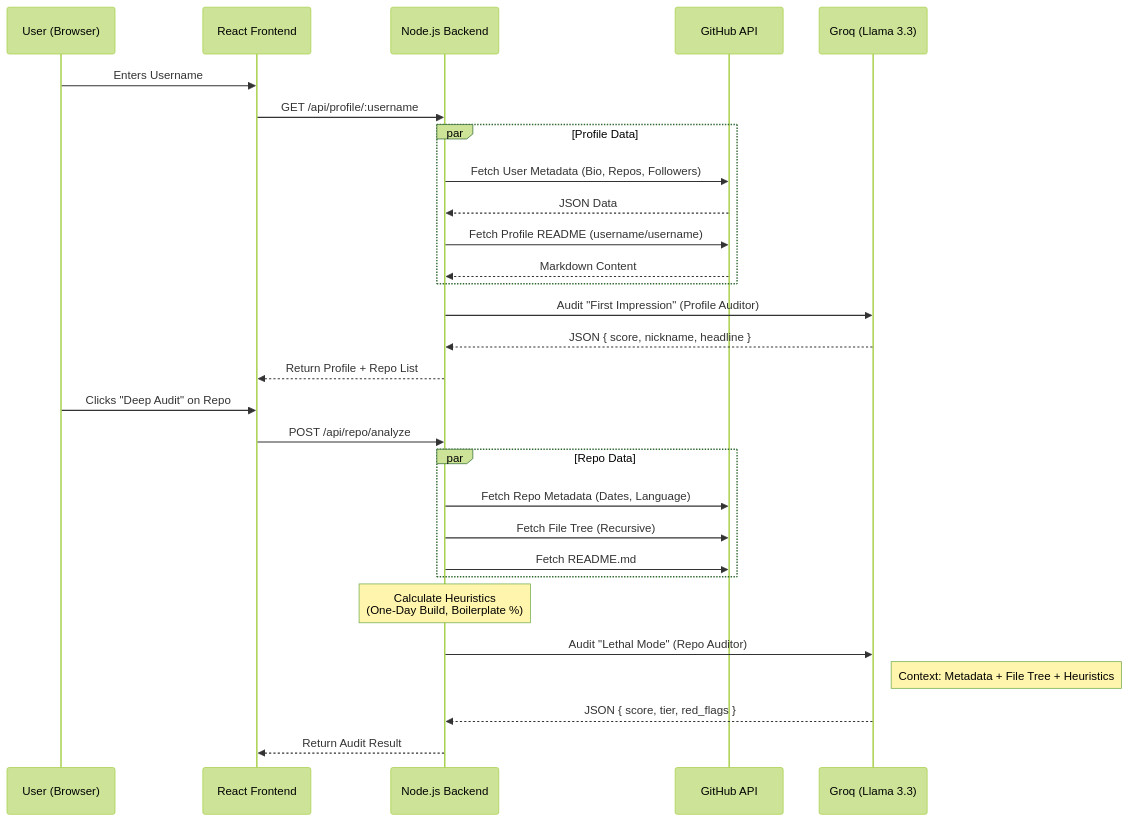
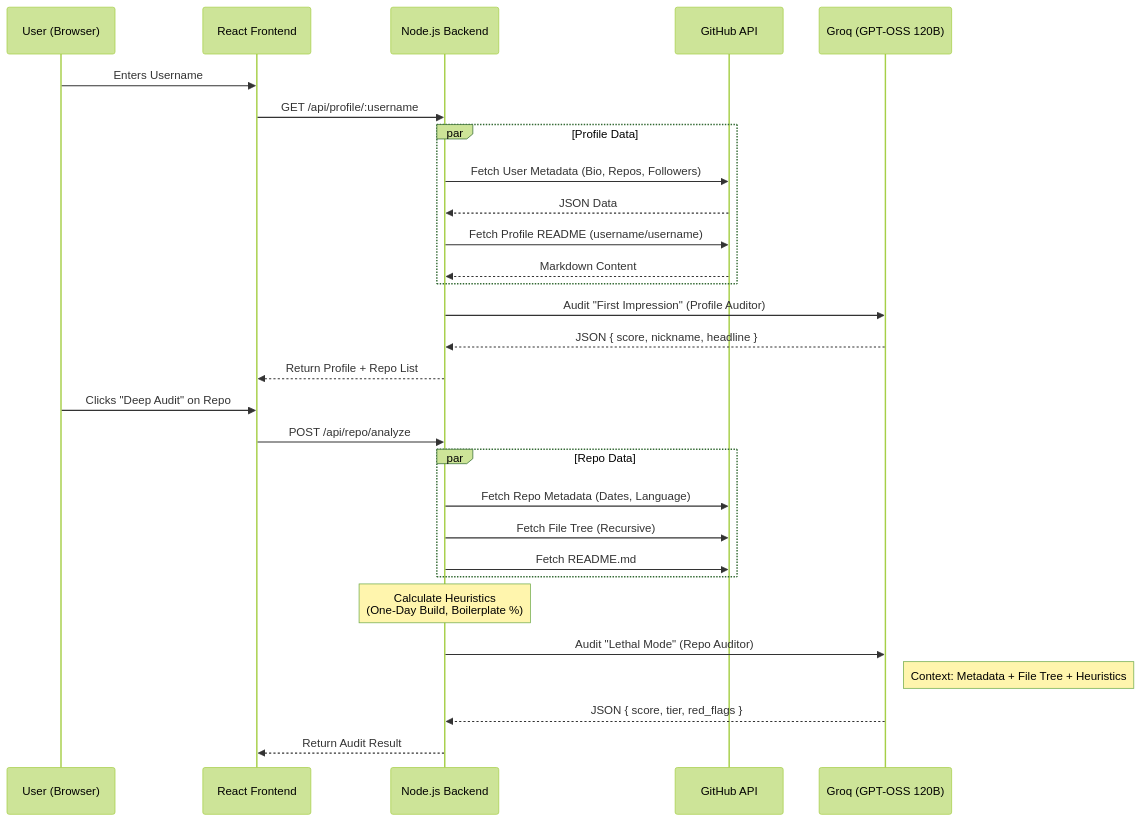
Before and after one commit to prem22k/ai-github-auditor: the diagram in ARCHITECTURE.md, drawn with Mermaid (forest theme). The commit also changed other lines of this file and 9 other files, not shown here.

````diff
--- a/ARCHITECTURE.md
+++ b/ARCHITECTURE.md
@@ -15,38 +15,38 @@
 ```mermaid
 sequenceDiagram
     participant User as User (Browser)
     participant FE as React Frontend
     participant BE as Node.js Backend
     participant GH as GitHub API
-    participant AI as Groq (Llama 3.3)
+    participant AI as Groq (GPT-OSS 120B)
 
     User->>FE: Enters Username
     FE->>BE: GET /api/profile/:username
     
     par Profile Data
         BE->>GH: Fetch User Metadata (Bio, Repos, Followers)
         GH-->>BE: JSON Data
         BE->>GH: Fetch Profile README (username/username)
         GH-->>BE: Markdown Content
     end
 
     BE->>AI: Audit "First Impression" (Profile Auditor)
     AI-->>BE: JSON { score, nickname, headline }
     BE-->>FE: Return Profile + Repo List
 
     User->>FE: Clicks "Deep Audit" on Repo
     FE->>BE: POST /api/repo/analyze
 
     par Repo Data
         BE->>GH: Fetch Repo Metadata (Dates, Language)
         BE->>GH: Fetch File Tree (Recursive)
         BE->>GH: Fetch README.md
     end
 
     Note over BE: Calculate Heuristics<br/>(One-Day Build, Boilerplate %)
 
     BE->>AI: Audit "Lethal Mode" (Repo Auditor)
     Note right of AI: Context: Metadata + File Tree + Heuristics
     AI-->>BE: JSON { score, tier, red_flags }
     BE-->>FE: Return Audit Result
 ```
````
